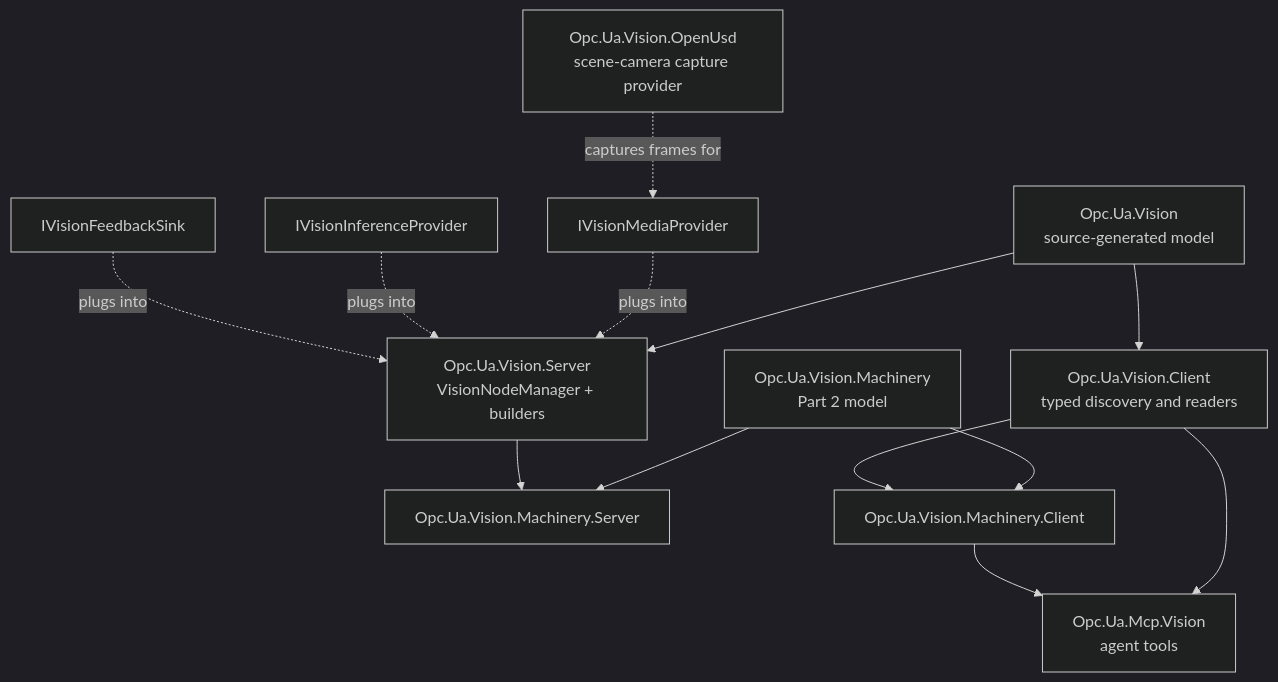
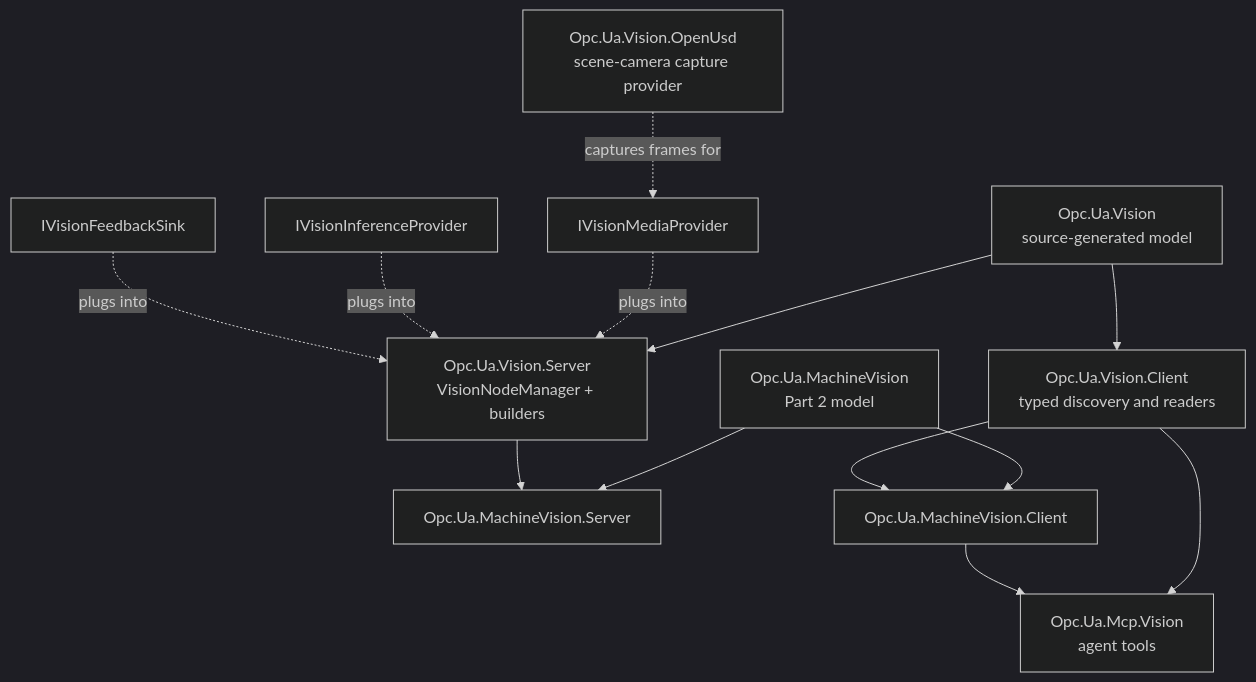
The first of 7 diagrams in docs/Vision.md (OPCFoundation/UA-.NETStandard), drawn with Mermaid (dark theme) before and after one commit. The commit also changed other lines of this file and 44 other files, not shown here.

Commit message:
Rename Part 2 packages to Opc.Ua.MachineVision

````diff
--- a/docs/Vision.md
+++ b/docs/Vision.md
@@ -595,27 +595,27 @@
 ```mermaid
 graph TD
     Model["Opc.Ua.Vision<br/>source-generated model"]
     Server["Opc.Ua.Vision.Server<br/>VisionNodeManager + builders"]
     Client["Opc.Ua.Vision.Client<br/>typed discovery and readers"]
-    Assets["Opc.Ua.Vision.Machinery<br/>Part 2 model"]
-    AssetServer["Opc.Ua.Vision.Machinery.Server"]
-    AssetClient["Opc.Ua.Vision.Machinery.Client"]
+    Assets["Opc.Ua.MachineVision<br/>Part 2 model"]
+    AssetServer["Opc.Ua.MachineVision.Server"]
+    AssetClient["Opc.Ua.MachineVision.Client"]
     OpenUsd["Opc.Ua.Vision.OpenUsd<br/>scene-camera capture provider"]
     Mcp["Opc.Ua.Mcp.Vision<br/>agent tools"]
     Media["IVisionMediaProvider"]
     Inference["IVisionInferenceProvider"]
     Feedback["IVisionFeedbackSink"]
 
     Model --> Server
     Model --> Client
     Client --> Mcp
     Assets --> AssetServer
     Assets --> AssetClient
     Server --> AssetServer
     Client --> AssetClient
     AssetClient --> Mcp
     OpenUsd -.->|captures frames for| Media
     Media -.->|plugs into| Server
     Inference -.->|plugs into| Server
     Feedback -.->|plugs into| Server
 ```
````
